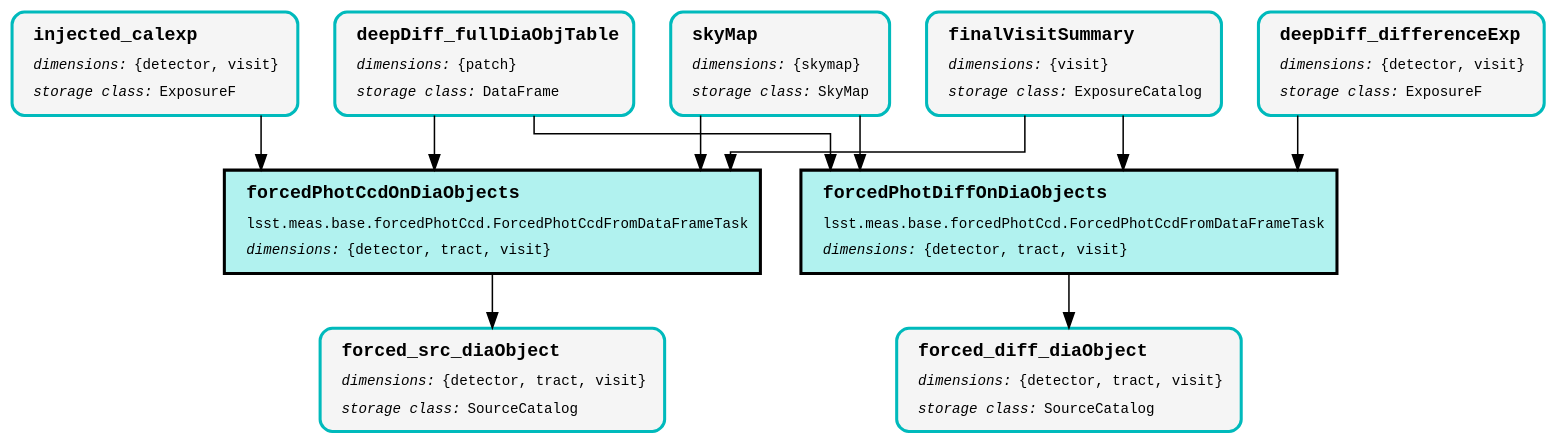
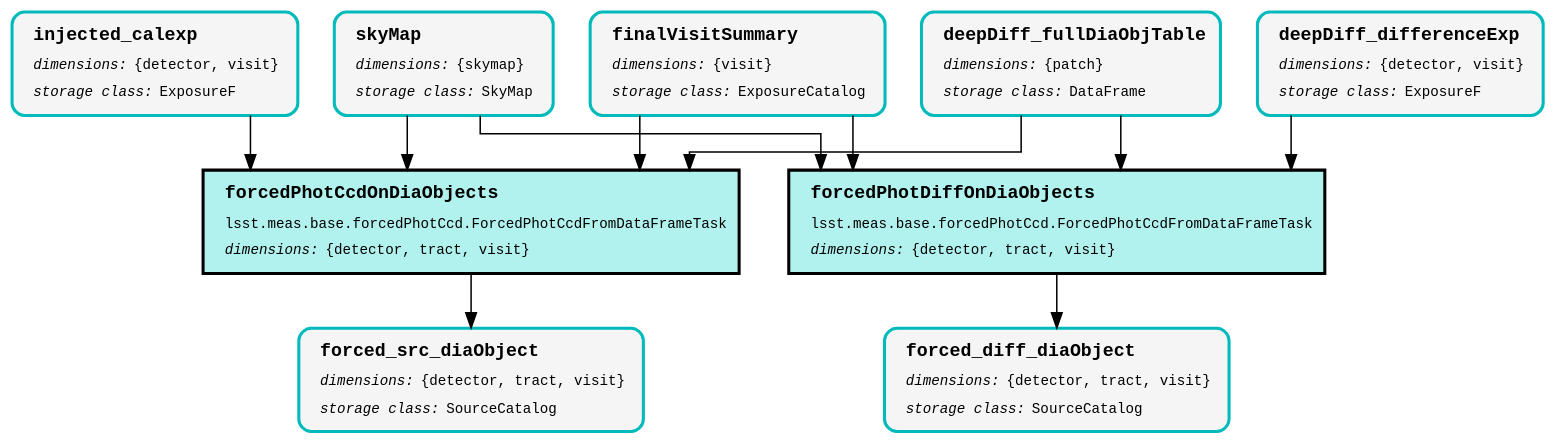
Before and after one commit to dirac-institute/proc-decam: the diagram in pipelines/DRP/step4e/pipeline.dot, drawn with Graphviz. The commit also changed other lines of this file and 67 other files, not shown here.

```diff
--- a/pipelines/DRP/step4e/pipeline.dot
+++ b/pipelines/DRP/step4e/pipeline.dot
@@ -1,24 +1,24 @@
 digraph Pipeline {
 graph [splines="ortho", nodesep="0.5", ranksep="0.75"];
 node [shape="box", fontname="Monospace", fontsize="14", margin="0.2,0.1", penwidth="3"];
 edge [color="black", arrowsize="1.5", penwidth="1.5", pad="10mm"];
 "forcedPhotCcdOnDiaObjects:2" [style="filled", color="black", fillcolor="#B1F2EF", label=<<TABLE BORDER="0" CELLPADDING="5"><TR><TD ALIGN="LEFT"><B><FONT POINT-SIZE="18">forcedPhotCcdOnDiaObjects</FONT></B></TD></TR><TR><TD ALIGN="LEFT">lsst.meas.base.forcedPhotCcd.ForcedPhotCcdFromDataFrameTask</TD></TR><TR><TD ALIGN="LEFT"><I>dimensions:</I>&nbsp;{detector, tract, visit}</TD></TR></TABLE>>];
-"deepDiff_fullDiaObjTable:0" [style="rounded,filled,bold", color="#00BABC", fillcolor="#F5F5F5", label=<<TABLE BORDER="0" CELLPADDING="5"><TR><TD ALIGN="LEFT"><B><FONT POINT-SIZE="18">deepDiff_fullDiaObjTable</FONT></B></TD></TR><TR><TD ALIGN="LEFT"><I>dimensions:</I>&nbsp;{patch}</TD></TR><TR><TD ALIGN="LEFT"><I>storage class:</I>&nbsp;DataFrame</TD></TR></TABLE>>];
 "skyMap:0" [style="rounded,filled,bold", color="#00BABC", fillcolor="#F5F5F5", label=<<TABLE BORDER="0" CELLPADDING="5"><TR><TD ALIGN="LEFT"><B><FONT POINT-SIZE="18">skyMap</FONT></B></TD></TR><TR><TD ALIGN="LEFT"><I>dimensions:</I>&nbsp;{skymap}</TD></TR><TR><TD ALIGN="LEFT"><I>storage class:</I>&nbsp;SkyMap</TD></TR></TABLE>>];
 "finalVisitSummary:0" [style="rounded,filled,bold", color="#00BABC", fillcolor="#F5F5F5", label=<<TABLE BORDER="0" CELLPADDING="5"><TR><TD ALIGN="LEFT"><B><FONT POINT-SIZE="18">finalVisitSummary</FONT></B></TD></TR><TR><TD ALIGN="LEFT"><I>dimensions:</I>&nbsp;{visit}</TD></TR><TR><TD ALIGN="LEFT"><I>storage class:</I>&nbsp;ExposureCatalog</TD></TR></TABLE>>];
 "injected_calexp:0" [style="rounded,filled,bold", color="#00BABC", fillcolor="#F5F5F5", label=<<TABLE BORDER="0" CELLPADDING="5"><TR><TD ALIGN="LEFT"><B><FONT POINT-SIZE="18">injected_calexp</FONT></B></TD></TR><TR><TD ALIGN="LEFT"><I>dimensions:</I>&nbsp;{detector, visit}</TD></TR><TR><TD ALIGN="LEFT"><I>storage class:</I>&nbsp;ExposureF</TD></TR></TABLE>>];
+"deepDiff_fullDiaObjTable:0" [style="rounded,filled,bold", color="#00BABC", fillcolor="#F5F5F5", label=<<TABLE BORDER="0" CELLPADDING="5"><TR><TD ALIGN="LEFT"><B><FONT POINT-SIZE="18">deepDiff_fullDiaObjTable</FONT></B></TD></TR><TR><TD ALIGN="LEFT"><I>dimensions:</I>&nbsp;{patch}</TD></TR><TR><TD ALIGN="LEFT"><I>storage class:</I>&nbsp;DataFrame</TD></TR></TABLE>>];
 "forced_src_diaObject:0" [style="rounded,filled,bold", color="#00BABC", fillcolor="#F5F5F5", label=<<TABLE BORDER="0" CELLPADDING="5"><TR><TD ALIGN="LEFT"><B><FONT POINT-SIZE="18">forced_src_diaObject</FONT></B></TD></TR><TR><TD ALIGN="LEFT"><I>dimensions:</I>&nbsp;{detector, tract, visit}</TD></TR><TR><TD ALIGN="LEFT"><I>storage class:</I>&nbsp;SourceCatalog</TD></TR></TABLE>>];
 "forcedPhotDiffOnDiaObjects:2" [style="filled", color="black", fillcolor="#B1F2EF", label=<<TABLE BORDER="0" CELLPADDING="5"><TR><TD ALIGN="LEFT"><B><FONT POINT-SIZE="18">forcedPhotDiffOnDiaObjects</FONT></B></TD></TR><TR><TD ALIGN="LEFT">lsst.meas.base.forcedPhotCcd.ForcedPhotCcdFromDataFrameTask</TD></TR><TR><TD ALIGN="LEFT"><I>dimensions:</I>&nbsp;{detector, tract, visit}</TD></TR></TABLE>>];
 "deepDiff_differenceExp:0" [style="rounded,filled,bold", color="#00BABC", fillcolor="#F5F5F5", label=<<TABLE BORDER="0" CELLPADDING="5"><TR><TD ALIGN="LEFT"><B><FONT POINT-SIZE="18">deepDiff_differenceExp</FONT></B></TD></TR><TR><TD ALIGN="LEFT"><I>dimensions:</I>&nbsp;{detector, visit}</TD></TR><TR><TD ALIGN="LEFT"><I>storage class:</I>&nbsp;ExposureF</TD></TR></TABLE>>];
 "forced_diff_diaObject:0" [style="rounded,filled,bold", color="#00BABC", fillcolor="#F5F5F5", label=<<TABLE BORDER="0" CELLPADDING="5"><TR><TD ALIGN="LEFT"><B><FONT POINT-SIZE="18">forced_diff_diaObject</FONT></B></TD></TR><TR><TD ALIGN="LEFT"><I>dimensions:</I>&nbsp;{detector, tract, visit}</TD></TR><TR><TD ALIGN="LEFT"><I>storage class:</I>&nbsp;SourceCatalog</TD></TR></TABLE>>];
 "forcedPhotCcdOnDiaObjects:2" -> "forced_src_diaObject:0";
-"deepDiff_fullDiaObjTable:0" -> "forcedPhotCcdOnDiaObjects:2";
-"deepDiff_fullDiaObjTable:0" -> "forcedPhotDiffOnDiaObjects:2";
 "skyMap:0" -> "forcedPhotCcdOnDiaObjects:2";
 "skyMap:0" -> "forcedPhotDiffOnDiaObjects:2";
 "finalVisitSummary:0" -> "forcedPhotCcdOnDiaObjects:2";
 "finalVisitSummary:0" -> "forcedPhotDiffOnDiaObjects:2";
 "injected_calexp:0" -> "forcedPhotCcdOnDiaObjects:2";
+"deepDiff_fullDiaObjTable:0" -> "forcedPhotCcdOnDiaObjects:2";
+"deepDiff_fullDiaObjTable:0" -> "forcedPhotDiffOnDiaObjects:2";
 "forcedPhotDiffOnDiaObjects:2" -> "forced_diff_diaObject:0";
 "deepDiff_differenceExp:0" -> "forcedPhotDiffOnDiaObjects:2";
 }
```
